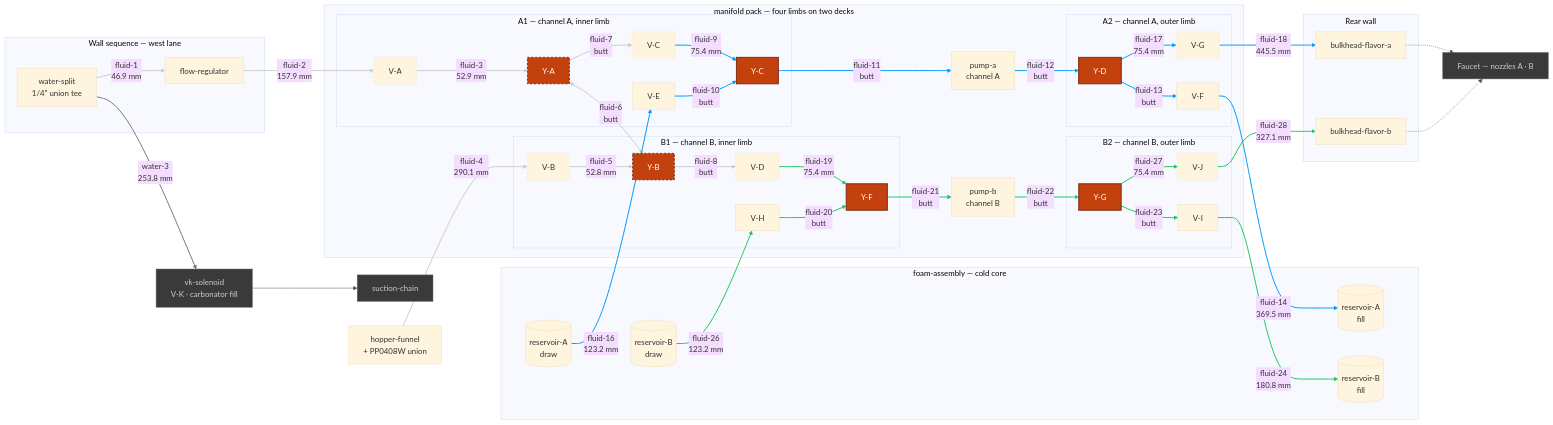
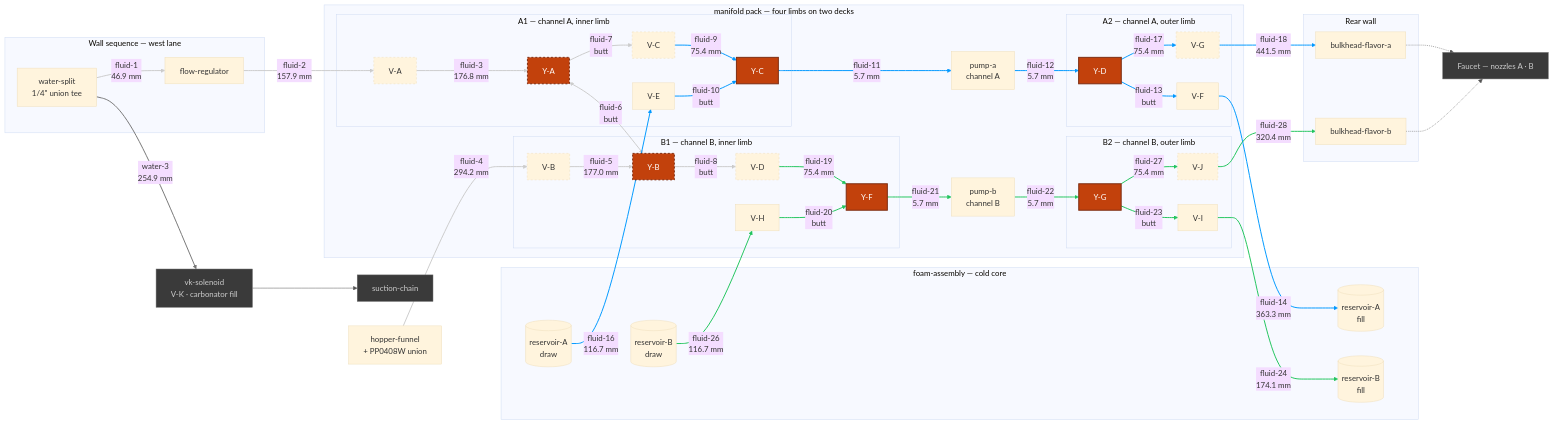
Before and after one commit to derekbreden/homesodamachine: the diagram in hardware/topology/fluid-topology-manifold.mmd, drawn with Mermaid (base theme). The commit also changed 66 other files, not shown here.

```diff
--- a/hardware/topology/fluid-topology-manifold.mmd
+++ b/hardware/topology/fluid-topology-manifold.mmd
@@ -11,11 +11,11 @@
   %% edge against the built segment — an edge whose two ends are not that segment's two ends fails
   %% the gate.
 
-  %% [26](SEGMENT_COUNT) flavor segments. [11](BUTT_COUNT) are collet butted to collet and carry
+  %% [26](SEGMENT_COUNT) flavor segments. [7](BUTT_COUNT) are collet butted to collet and carry
   %% no tube at all; [9](DRAWN_COUNT) are swept runs between placed bodies; the rest are the
   %% hinge's four hairpins and the source pair's two quarter-and-step turns. What is cut comes to
-  %% [2471.5 mm](FLUID_TOTAL) of 1/4" LLDPE over [49](FLUID_BENDS) corners, and the longest is
-  %% [fluid-18](LONGEST_ID) at [445.5 mm](LONGEST_LEN). [0](OPEN_COUNT) are mouths with nothing
+  %% [2709.9 mm](FLUID_TOTAL) of 1/4" LLDPE over [50](FLUID_BENDS) corners, and the longest is
+  %% [fluid-18](LONGEST_ID) at [441.5 mm](LONGEST_LEN). [0](OPEN_COUNT) are mouths with nothing
   %% on the far end of them: EVERY FLAVOR SEGMENT IN THIS CHART IS MADE. The hopper's gravity
   %% drain is drawn like the rest — the funnel is seated in the box rather than placed in the
   %% pack, so `fluid-4` is authored after the box exists, off the same frames.
@@ -119,9 +119,9 @@
   %% the run and 14 mm across it, toward the cold core's crown.
   Split -->|"fluid-1<br/>46.9 mm"| FlowReg
   FlowReg -->|"fluid-2<br/>157.9 mm"| VA
-  VA -->|"fluid-3<br/>52.9 mm"| YA
-  Hopper -->|"fluid-4<br/>290.1 mm"| VB
-  VB -->|"fluid-5<br/>52.8 mm"| YB
+  VA -->|"fluid-3<br/>176.8 mm"| YA
+  Hopper -->|"fluid-4<br/>294.2 mm"| VB
+  VB -->|"fluid-5<br/>177.0 mm"| YB
   YA <-->|"fluid-6<br/>butt"| YB
   YA -->|"fluid-7<br/>butt"| VC
   YB -->|"fluid-8<br/>butt"| VD
@@ -135,13 +135,13 @@
   %% and a quarter back. Everything else along the limbs is butted.
   VC -->|"fluid-9<br/>75.4 mm"| YC
   VE -->|"fluid-10<br/>butt"| YC
-  YC -->|"fluid-11<br/>butt"| PA
-  PA -->|"fluid-12<br/>butt"| YD
+  YC -->|"fluid-11<br/>5.7 mm"| PA
+  PA -->|"fluid-12<br/>5.7 mm"| YD
   YD -->|"fluid-13<br/>butt"| VF
-  VF -->|"fluid-14<br/>369.5 mm"| ResAFill
-  ResA -->|"fluid-16<br/>123.2 mm"| VE
+  VF -->|"fluid-14<br/>363.3 mm"| ResAFill
+  ResA -->|"fluid-16<br/>116.7 mm"| VE
   YD -->|"fluid-17<br/>75.4 mm"| VG
-  VG -->|"fluid-18<br/>445.5 mm"| BhA
+  VG -->|"fluid-18<br/>441.5 mm"| BhA
 
   %% =========================
   %% Channel B — fluid-19 … fluid-28
@@ -151,13 +151,13 @@
   %% gate — leave on their own axes off the lower deck, as channel A's V-F-O and V-E-I do.
   VD -->|"fluid-19<br/>75.4 mm"| YF
   VH -->|"fluid-20<br/>butt"| YF
-  YF -->|"fluid-21<br/>butt"| PB
-  PB -->|"fluid-22<br/>butt"| YG
+  YF -->|"fluid-21<br/>5.7 mm"| PB
+  PB -->|"fluid-22<br/>5.7 mm"| YG
   YG -->|"fluid-23<br/>butt"| VI
-  VI -->|"fluid-24<br/>180.8 mm"| ResBFill
-  ResB -->|"fluid-26<br/>123.2 mm"| VH
+  VI -->|"fluid-24<br/>174.1 mm"| ResBFill
+  ResB -->|"fluid-26<br/>116.7 mm"| VH
   YG -->|"fluid-27<br/>75.4 mm"| VJ
-  VJ -->|"fluid-28<br/>327.1 mm"| BhB
+  VJ -->|"fluid-28<br/>320.4 mm"| BhB
 
   %% =========================
   %% V-K's own two runs — the carbonator circuit, through this bay
@@ -165,7 +165,7 @@
   %% V-K gates the carbonator fill off the same split fluid-1 leaves. It stands on the cold core's
   %% crown, east of the SeaFlo, and water-3 is the one run in the assembly that crosses the whole
   %% machine — the split is in the west lane, V-K is on the east, and its inlet faces forward.
-  Split -->|"water-3<br/>253.8 mm"| VK
+  Split -->|"water-3<br/>254.9 mm"| VK
   %% V-K's outlet and the suction chain's collet meet face to face, so what joins them
   %% is the tube inside each grip and nothing between. There is no `water-4`.
   VK --> SuctChain
```
